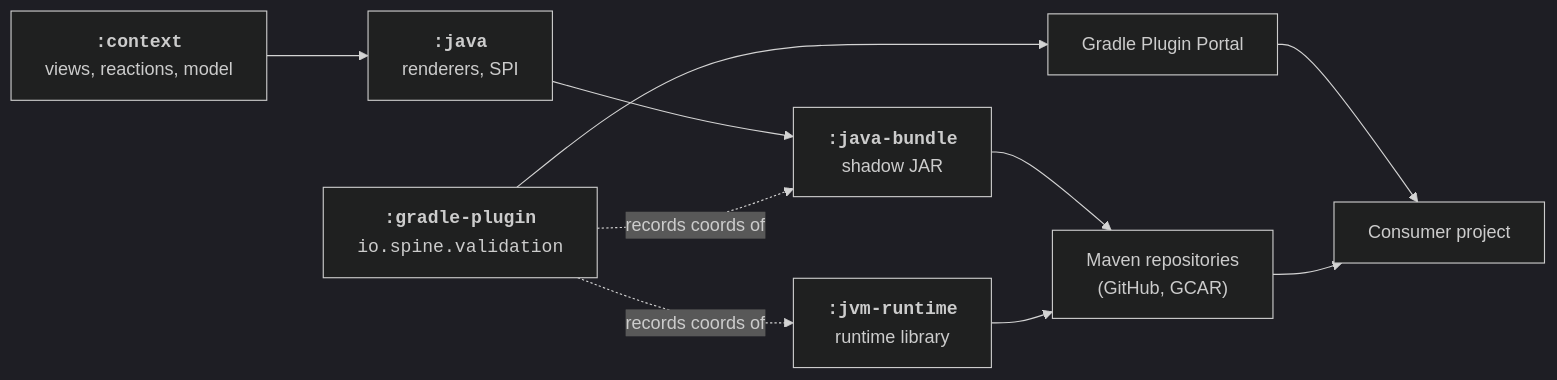
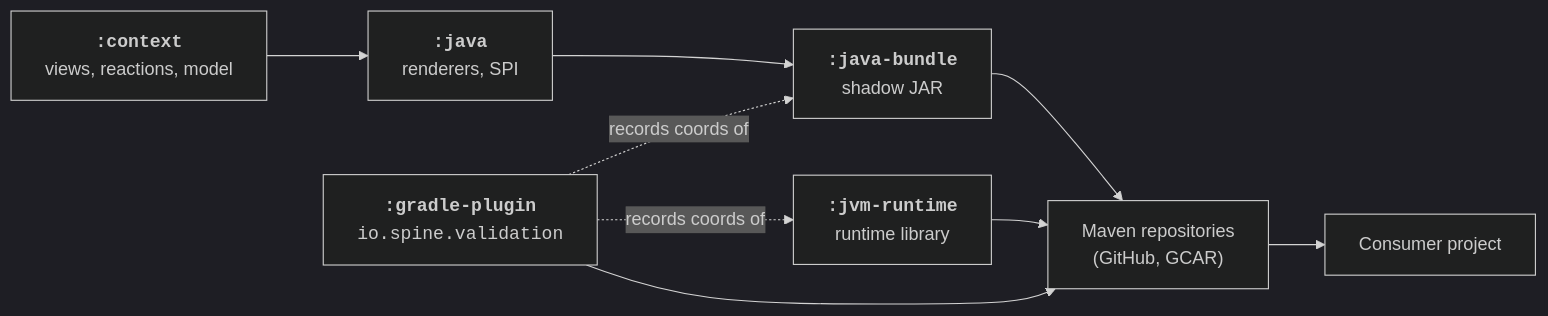
One commit to SpineEventEngine/validation changed the diagram in docs/content/docs/validation/developer/build-and-release.md. Above: the diagram before and after it, drawn with Mermaid (dark theme). The commit also changed other lines of this file and 8 other files, not shown here.

````diff
--- a/docs/content/docs/validation/developer/build-and-release.md
+++ b/docs/content/docs/validation/developer/build-and-release.md
@@ -195,21 +195,19 @@
 ```mermaid
 flowchart LR
     ctx["<b><code>:context</code></b><br/>views, reactions, model"]
     java["<b><code>:java</code></b><br/>renderers, SPI"]
     bundle["<b><code>:java-bundle</code></b><br/>shadow JAR"]
     runtime["<b><code>:jvm-runtime</code></b><br/>runtime library"]
     plugin["<b><code>:gradle-plugin</code></b><br/><code>io.spine.validation</code>"]
-    portal["Gradle Plugin Portal"]
     maven["Maven repositories<br/>(GitHub, GCAR)"]
     consumer["Consumer project"]
 
     ctx --> java
     java --> bundle
     bundle --> maven
     runtime --> maven
-    plugin --> portal
+    plugin --> maven
     plugin -. records coords of .-> bundle
     plugin -. records coords of .-> runtime
-    portal --> consumer
     maven --> consumer
 ```
````
